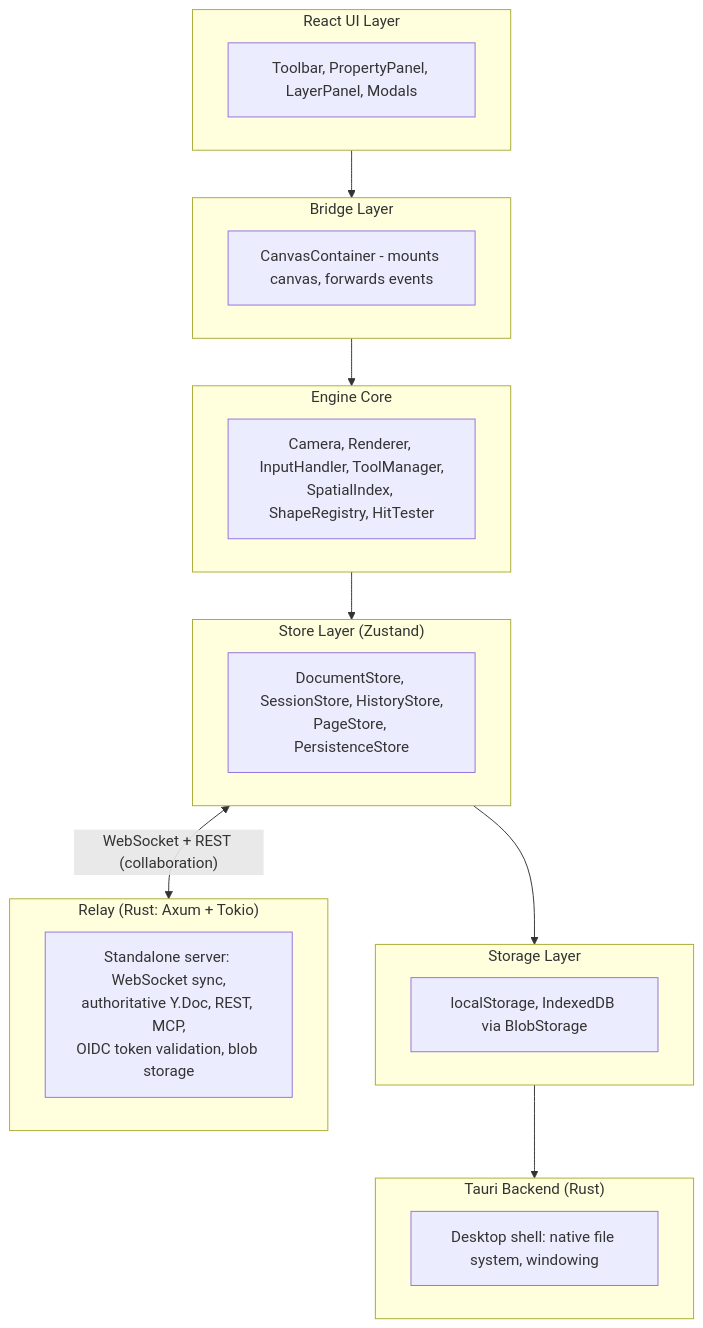
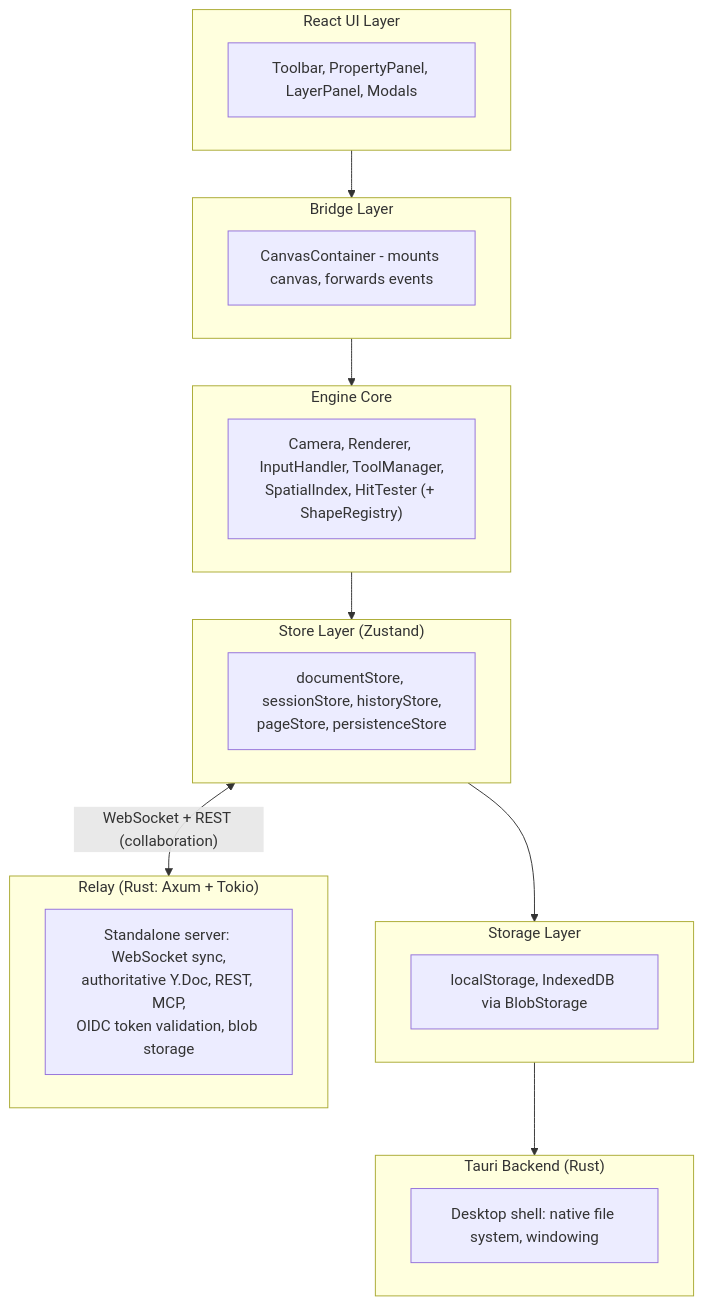
The diagram in docs-site/developer/architecture.md (JPE-Net-Technologies/docushark), drawn with Mermaid before and after one commit. The commit also changed other lines of this file and 11 other files, not shown here.

````diff
--- a/docs-site/developer/architecture.md
+++ b/docs-site/developer/architecture.md
@@ -27,27 +39,27 @@
 ```mermaid
 flowchart TB
     subgraph ui["React UI Layer"]
         ui_desc["Toolbar, PropertyPanel, LayerPanel, Modals"]
     end
     subgraph bridge["Bridge Layer"]
         bridge_desc["CanvasContainer - mounts canvas, forwards events"]
     end
     subgraph engine["Engine Core"]
-        engine_desc["Camera, Renderer, InputHandler, ToolManager,<br/>SpatialIndex, ShapeRegistry, HitTester"]
+        engine_desc["Camera, Renderer, InputHandler, ToolManager,<br/>SpatialIndex, HitTester (+ ShapeRegistry)"]
     end
     subgraph store["Store Layer (Zustand)"]
-        store_desc["DocumentStore, SessionStore, HistoryStore,<br/>PageStore, PersistenceStore"]
+        store_desc["documentStore, sessionStore, historyStore,<br/>pageStore, persistenceStore"]
     end
     subgraph storage["Storage Layer"]
         storage_desc["localStorage, IndexedDB via BlobStorage"]
     end
     subgraph tauri["Tauri Backend (Rust)"]
         tauri_desc["Desktop shell: native file system, windowing"]
     end
     subgraph relay["Relay (Rust: Axum + Tokio)"]
         relay_desc["Standalone server: WebSocket sync,<br/>authoritative Y.Doc, REST, MCP,<br/>OIDC token validation, blob storage"]
     end
 
     ui --> bridge --> engine --> store --> storage --> tauri
     store <-->|"WebSocket + REST (collaboration)"| relay
 ```
````
